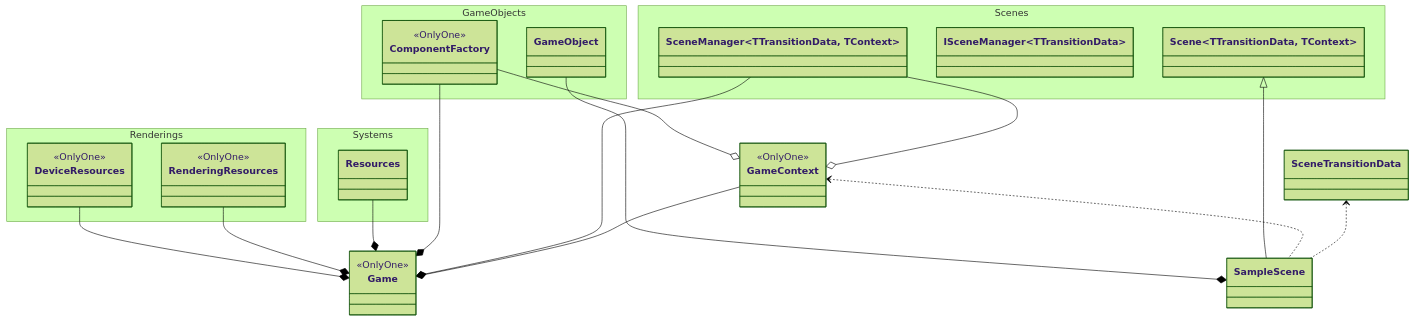
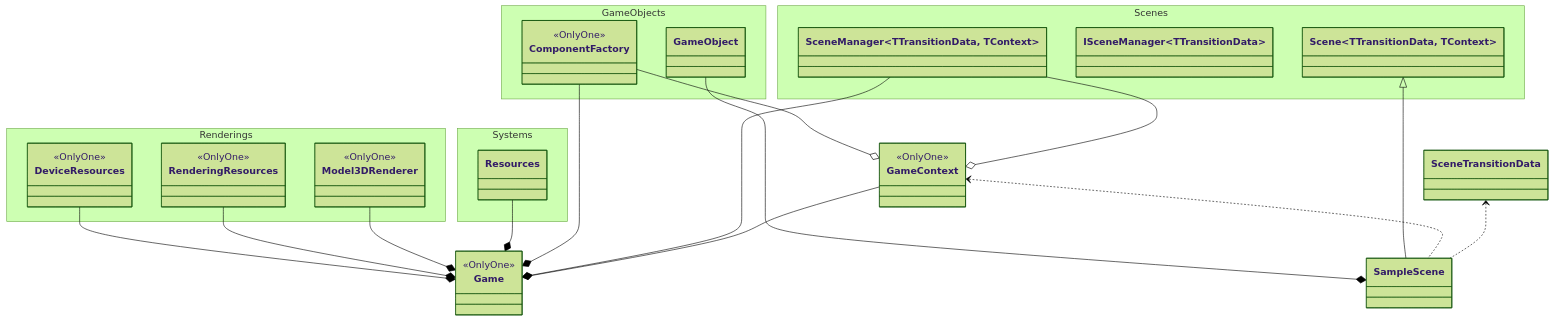
One commit to ZeroMatrix0000/RPGEditorVer2.0 changed the second of 2 diagrams in Readme.md. Above: the diagram before and after it, drawn with Mermaid (forest theme). The commit also changed other lines of this file and 17 other files, not shown here.

````diff
--- a/Readme.md
+++ b/Readme.md
@@ -58,50 +61,53 @@
 ```mermaid
 
 classDiagram
 
 namespace Renderings{
     class DeviceResources
     class RenderingResources
+    class Model3DRenderer
 }
 
 namespace Systems{
     class Resources
 }
 
 namespace GameObjects{
     class ComponentFactory
     class GameObject
 }
 
 namespace Scenes{
     class Scene["Scene&lt;TTransitionData, TContext>"]
     class ISceneManager["ISceneManager&lt;TTransitionData>"]
     class SceneManager["SceneManager&lt;TTransitionData, TContext>"]
 }
 
 class GameContext
 class SceneTransitionData
 class Game
 
 class SampleScene
 
 <<OnlyOne>> DeviceResources
 <<OnlyOne>> RenderingResources
+<<OnlyOne>> Model3DRenderer
 <<OnlyOne>> ComponentFactory
 <<OnlyOne>> GameContext
 <<OnlyOne>> Game
 
 DeviceResources --* Game
 RenderingResources --* Game
+Model3DRenderer --* Game
 Resources --* Game
 ComponentFactory --o GameContext
 ComponentFactory --* Game
 GameObject --* SampleScene
 Scene <|-- SampleScene
 SceneManager --o GameContext
 SceneManager --* Game
 GameContext --* Game
 GameContext <.. SampleScene
 SceneTransitionData <.. SampleScene
 
 ```
````
